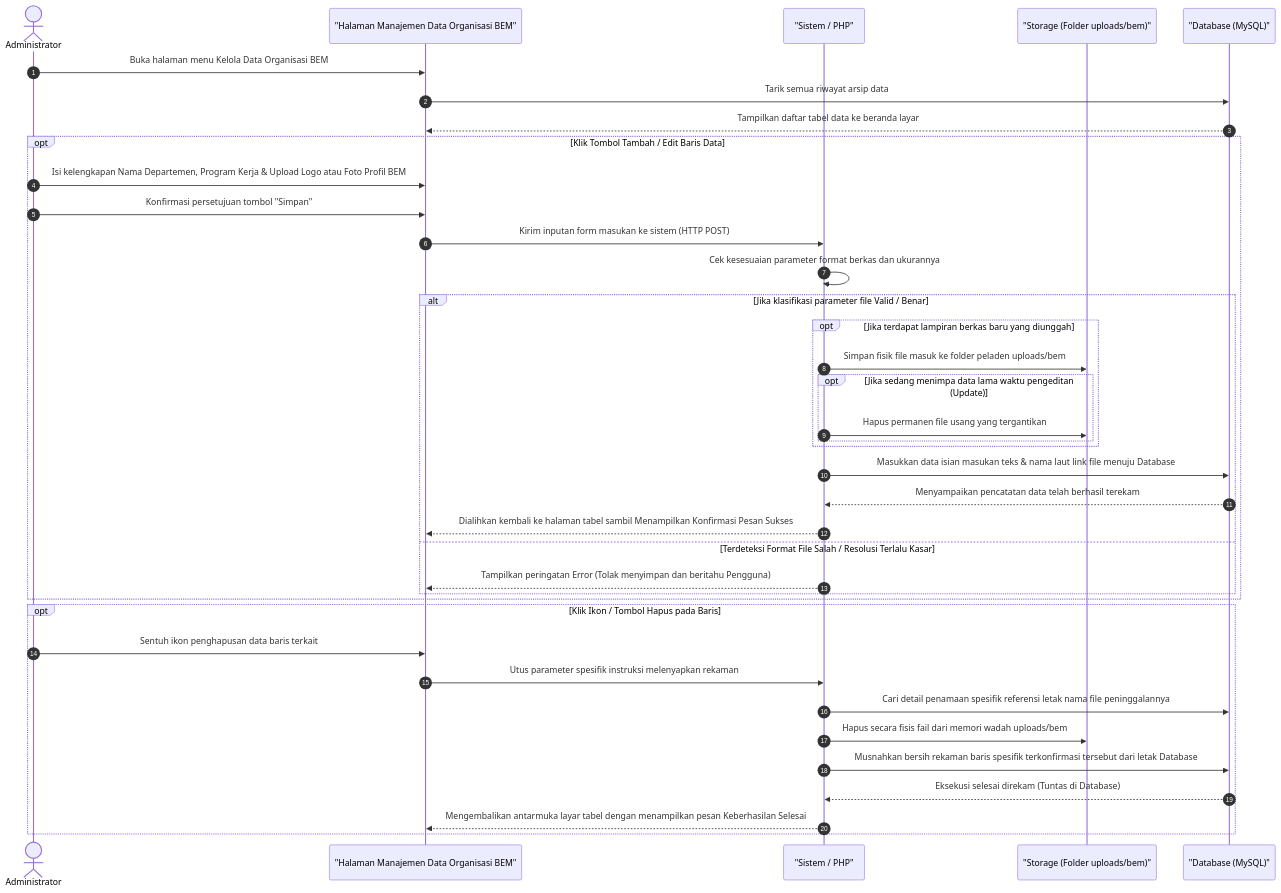
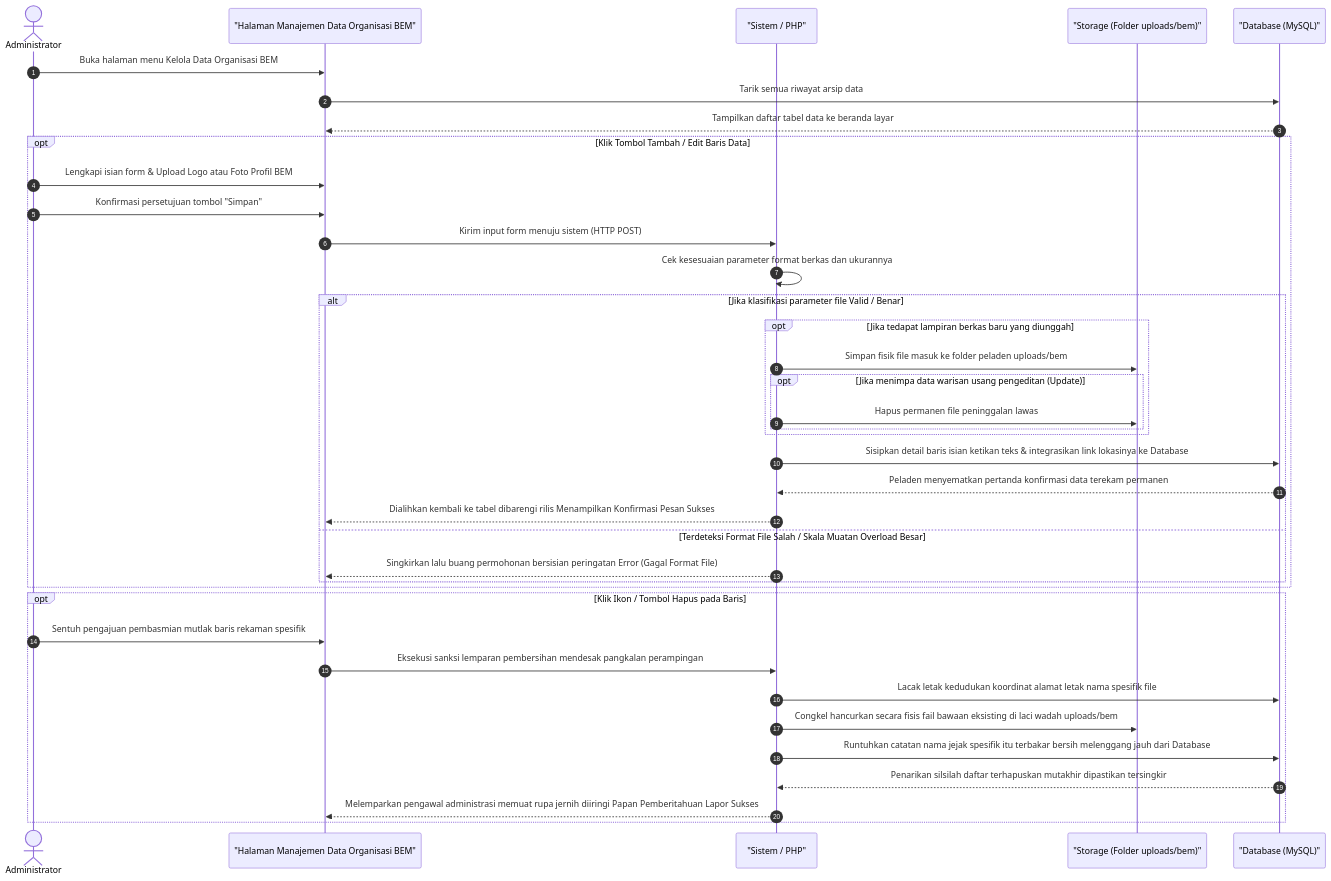
One commit to arbain-dev/Web_fikom changed the diagram in docs/sequence_diagram_admin_bem.md. Above: the diagram before and after it, drawn with Mermaid. The commit also changed other lines of this file and 18 other files, not shown here.

Commit message:
docs: mengubah format penjelasan sequence administrator dari list menjadi paragraf naratif

````diff
--- a/docs/sequence_diagram_admin_bem.md
+++ b/docs/sequence_diagram_admin_bem.md
@@ -29,48 +15,48 @@
 ```mermaid
 sequenceDiagram
     autonumber
     actor Admin as Administrator
     participant View as "Halaman Manajemen Data Organisasi BEM"
     participant System as "Sistem / PHP"
     participant Server as "Storage (Folder uploads/bem)"
     participant DB as "Database (MySQL)"
 
     Admin->>View: Buka halaman menu Kelola Data Organisasi BEM
     View->>DB: Tarik semua riwayat arsip data
     DB-->>View: Tampilkan daftar tabel data ke beranda layar
 
     %% Proses Tambah / Edit
     opt Klik Tombol Tambah / Edit Baris Data
-        Admin->>View: Isi kelengkapan Nama Departemen, Program Kerja & Upload Logo atau Foto Profil BEM
+        Admin->>View: Lengkapi isian form & Upload Logo atau Foto Profil BEM
         Admin->>View: Konfirmasi persetujuan tombol "Simpan"
-        View->>System: Kirim inputan form masukan ke sistem (HTTP POST)
+        View->>System: Kirim input form menuju sistem (HTTP POST)
 
         System->>System: Cek kesesuaian parameter format berkas dan ukurannya
         
         alt Jika klasifikasi parameter file Valid / Benar
-            opt Jika terdapat lampiran berkas baru yang diunggah
+            opt Jika tedapat lampiran berkas baru yang diunggah
                 System->>Server: Simpan fisik file masuk ke folder peladen uploads/bem
-                opt Jika sedang menimpa data lama waktu pengeditan (Update)
-                    System->>Server: Hapus permanen file usang yang tergantikan
+                opt Jika menimpa data warisan usang pengeditan (Update)
+                    System->>Server: Hapus permanen file peninggalan lawas
                 end
             end
             
-            System->>DB: Masukkan data isian masukan teks & nama laut link file menuju Database
-            DB-->>System: Menyampaikan pencatatan data telah berhasil terekam
-            System-->>View: Dialihkan kembali ke halaman tabel sambil Menampilkan Konfirmasi Pesan Sukses
-        else Terdeteksi Format File Salah / Resolusi Terlalu Kasar
-            System-->>View: Tampilkan peringatan Error (Tolak menyimpan dan beritahu Pengguna)
+            System->>DB: Sisipkan detail baris isian ketikan teks & integrasikan link lokasinya ke Database
+            DB-->>System: Peladen menyematkan pertanda konfirmasi data terekam permanen
+            System-->>View: Dialihkan kembali ke tabel dibarengi rilis Menampilkan Konfirmasi Pesan Sukses
+        else Terdeteksi Format File Salah / Skala Muatan Overload Besar
+            System-->>View: Singkirkan lalu buang permohonan bersisian peringatan Error (Gagal Format File)
         end
     end
 
     %% Proses Hapus
     opt Klik Ikon / Tombol Hapus pada Baris
-        Admin->>View: Sentuh ikon penghapusan data baris terkait
-        View->>System: Utus parameter spesifik instruksi melenyapkan rekaman
-        System->>DB: Cari detail penamaan spesifik referensi letak nama file peninggalannya
-        System->>Server: Hapus secara fisis fail dari memori wadah uploads/bem
-        System->>DB: Musnahkan bersih rekaman baris spesifik terkonfirmasi tersebut dari letak Database
-        DB-->>System: Eksekusi selesai direkam (Tuntas di Database)
-        System-->>View: Mengembalikan antarmuka layar tabel dengan menampilkan pesan Keberhasilan Selesai
+        Admin->>View: Sentuh pengajuan pembasmian mutlak baris rekaman spesifik
+        View->>System: Eksekusi sanksi lemparan pembersihan mendesak pangkalan perampingan
+        System->>DB: Lacak letak kedudukan koordinat alamat letak nama spesifik file 
+        System->>Server: Congkel hancurkan secara fisis fail bawaan eksisting di laci wadah uploads/bem
+        System->>DB: Runtuhkan catatan nama jejak spesifik itu terbakar bersih melenggang jauh dari Database
+        DB-->>System: Penarikan silsilah daftar terhapuskan mutakhir dipastikan tersingkir
+        System-->>View: Melemparkan pengawal administrasi memuat rupa jernih diiringi Papan Pemberitahuan Lapor Sukses 
     end
 ```
````
